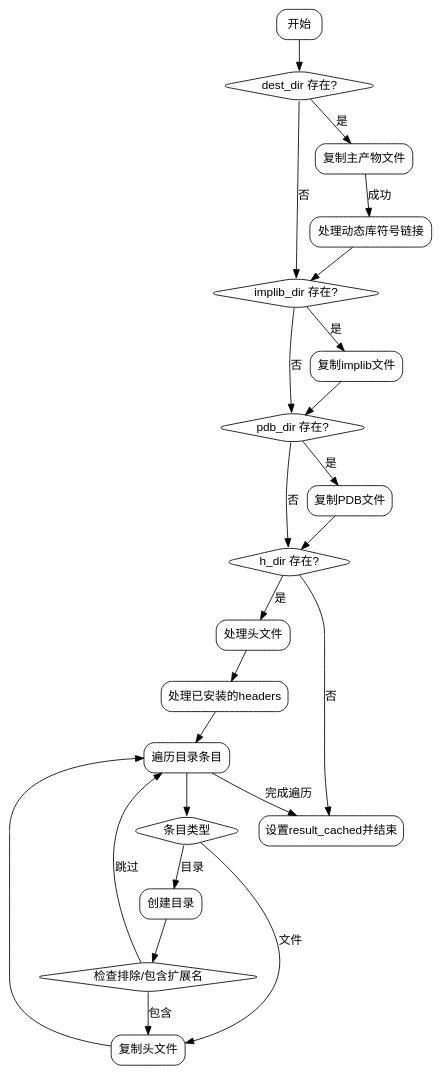
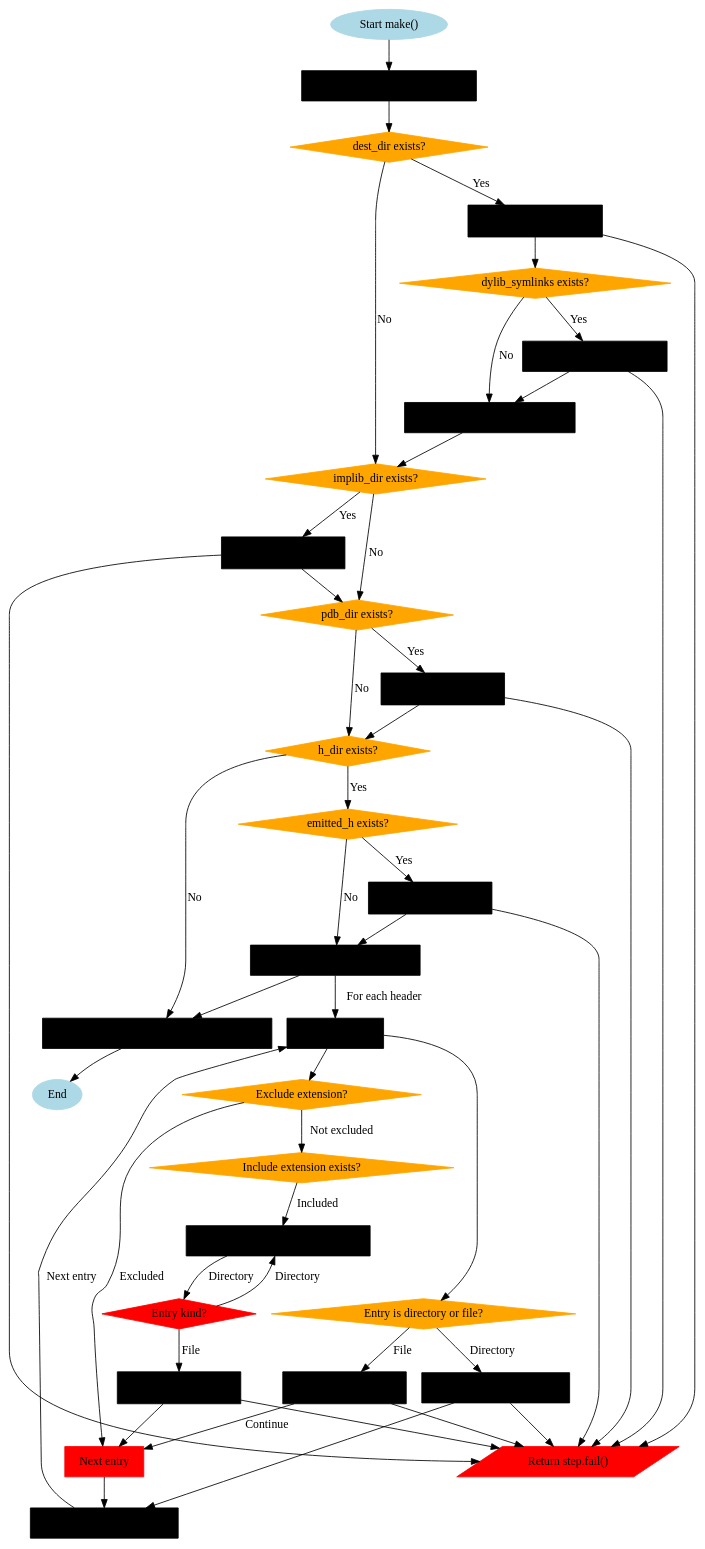
Before and after one commit to sdzx-1/deepseek-zig-reader: the diagram in dot_std/Build/Step/InstallArtifact.zig.make.md, drawn with Graphviz. The commit also changed other lines of this file and 236 other files, not shown here.

````diff
--- a/dot_std/Build/Step/InstallArtifact.zig.make.md
+++ b/dot_std/Build/Step/InstallArtifact.zig.make.md
@@ -31,59 +57,100 @@
 ```dot
 digraph flowchart {
-    node [shape=rectangle, style=rounded, fontname="Arial"];
-    edge [fontname="Arial"];
-    rankdir=TB;
+    node [shape=ellipse, style=filled, color=lightblue];
+    start [label="Start make()"];
+    end [label="End", shape=ellipse];
 
-    start [label="开始"];
-    check_dest_dir [label="dest_dir 存在?", shape=diamond];
-    process_dest_dir [label="复制主产物文件"];
-    handle_dylib_symlinks [label="处理动态库符号链接"];
-    check_implib_dir [label="implib_dir 存在?", shape=diamond];
-    process_implib_dir [label="复制implib文件"];
-    check_pdb_dir [label="pdb_dir 存在?", shape=diamond];
-    process_pdb_dir [label="复制PDB文件"];
-    check_h_dir [label="h_dir 存在?", shape=diamond];
-    process_h_files [label="处理头文件"];
-    handle_installed_headers [label="处理已安装的headers"];
-    handle_header_directories [label="遍历目录条目"];
-    file_or_dir [label="条目类型", shape=diamond];
-    process_header_file [label="复制头文件"];
-    create_directory [label="创建目录"];
-    check_exclude_include [label="检查排除/包含扩展名", shape=diamond];
-    end [label="设置result_cached并结束"];
+    node [shape=diamond, color=orange];
+    check_dest_dir [label="dest_dir exists?"];
+    check_implib_dir [label="implib_dir exists?"];
+    check_pdb_dir [label="pdb_dir exists?"];
+    check_h_dir [label="h_dir exists?"];
+    check_dylib_symlinks [label="dylib_symlinks exists?"];
+    check_emitted_h [label="emitted_h exists?"];
+    check_entry_kind [label="Entry is directory or file?"];
+    check_exclude_ext [label="Exclude extension?"];
+    check_include_ext [label="Include extension exists?"];
 
-    start -> check_dest_dir;
-    check_dest_dir -> process_dest_dir [label="是"];
-    process_dest_dir -> handle_dylib_symlinks [label="成功"];
-    handle_dylib_symlinks -> check_implib_dir;
-    check_dest_dir -> check_implib_dir [label="否"];
-    
-    check_implib_dir -> process_implib_dir [label="是"];
-    process_implib_dir -> check_pdb_dir;
-    check_implib_dir -> check_pdb_dir [label="否"];
-    
-    check_pdb_dir -> process_pdb_dir [label="是"];
-    process_pdb_dir -> check_h_dir;
-    check_pdb_dir -> check_h_dir [label="否"];
-    
-    check_h_dir -> process_h_files [label="是"];
-    process_h_files -> handle_installed_headers;
-    
-    handle_installed_headers -> handle_header_directories;
-    handle_header_directories -> file_or_dir;
-    
-    file_or_dir -> process_header_file [label="文件"];
-    file_or_dir -> create_directory [label="目录"];
-    create_directory -> check_exclude_include;
-    
-    check_exclude_include -> handle_header_directories [label="跳过"];
-    check_exclude_include -> process_header_file [label="包含"];
-    
-    process_header_file -> handle_header_directories;
-    check_h_dir -> end [label="否"];
-    
-    handle_header_directories -> end [label="完成遍历"];
-    end -> end_point [style=invis];
-    end_point [shape=point, width=0];
+    node [shape=rectangle, color=black];
+    init [label="Initialize all_cached = true"];
+    copy_dest_file [label="Copy src to dest_dir\nUpdate all_cached"];
+    handle_symlinks [label="Create dylib symlinks"];
+    set_installed_path [label="Set artifact.installed_path"];
+    copy_implib [label="Copy implib\nUpdate all_cached"];
+    copy_pdb [label="Copy pdb\nUpdate all_cached"];
+    copy_emitted_h [label="Copy emitted_h\nUpdate all_cached"];
+    process_headers [label="Process installed_headers"];
+    handle_file [label="Copy header file\nUpdate all_cached"];
+    open_src_dir [label="Open source directory"];
+    walk_dir [label="Walk directory entries"];
+    process_entry [label="Process entry"];
+    make_dest_dir [label="Create destination directory"];
+    copy_entry_file [label="Copy entry file\nUpdate all_cached"];
+    set_result [label="Set step.result_cached = all_cached"];
+
+    node [shape=parallelogram, color=red];
+    fail [label="Return step.fail()"];
+
+    start -> init;
+    init -> check_dest_dir;
+
+    check_dest_dir -> copy_dest_file [label="Yes"];
+    copy_dest_file -> check_dylib_symlinks;
+    check_dylib_symlinks -> handle_symlinks [label="Yes"];
+    handle_symlinks -> set_installed_path;
+    check_dylib_symlinks -> set_installed_path [label="No"];
+    set_installed_path -> check_implib_dir;
+
+    check_dest_dir -> check_implib_dir [label="No"];
+
+    check_implib_dir -> copy_implib [label="Yes"];
+    copy_implib -> check_pdb_dir;
+    check_implib_dir -> check_pdb_dir [label="No"];
+
+    check_pdb_dir -> copy_pdb [label="Yes"];
+    copy_pdb -> check_h_dir;
+    check_pdb_dir -> check_h_dir [label="No"];
+
+    check_h_dir -> check_emitted_h [label="Yes"];
+    check_emitted_h -> copy_emitted_h [label="Yes"];
+    copy_emitted_h -> process_headers;
+    check_emitted_h -> process_headers [label="No"];
+    process_headers -> process_entry [label="For each header"];
+
+    process_entry -> check_entry_kind;
+    check_entry_kind -> handle_file [label="File"];
+    handle_file -> next_entry [label="Continue"];
+
+    check_entry_kind -> open_src_dir [label="Directory"];
+    open_src_dir -> walk_dir;
+    walk_dir -> process_entry [label="Next entry"];
+    process_entry -> check_exclude_ext;
+    check_exclude_ext -> check_include_ext [label="Not excluded"];
+    check_exclude_ext -> next_entry [label="Excluded"];
+    check_include_ext -> make_dest_dir [label="Included"];
+    make_dest_dir -> check_entry_kind_entry [label="Directory"];
+    check_entry_kind_entry [shape=diamond, label="Entry kind?"];
+    check_entry_kind_entry -> make_dest_dir [label="Directory"];
+    check_entry_kind_entry -> copy_entry_file [label="File"];
+    copy_entry_file -> next_entry;
+
+    next_entry [label="Next entry", shape=rectangle];
+    next_entry -> walk_dir;
+
+    check_h_dir -> set_result [label="No"];
+
+    process_headers -> set_result;
+
+    set_result -> end;
+
+    // Error handling edges
+    copy_dest_file -> fail;
+    handle_symlinks -> fail;
+    copy_implib -> fail;
+    copy_pdb -> fail;
+    copy_emitted_h -> fail;
+    handle_file -> fail;
+    open_src_dir -> fail;
+    copy_entry_file -> fail;
 }
-```
+``` 
````
